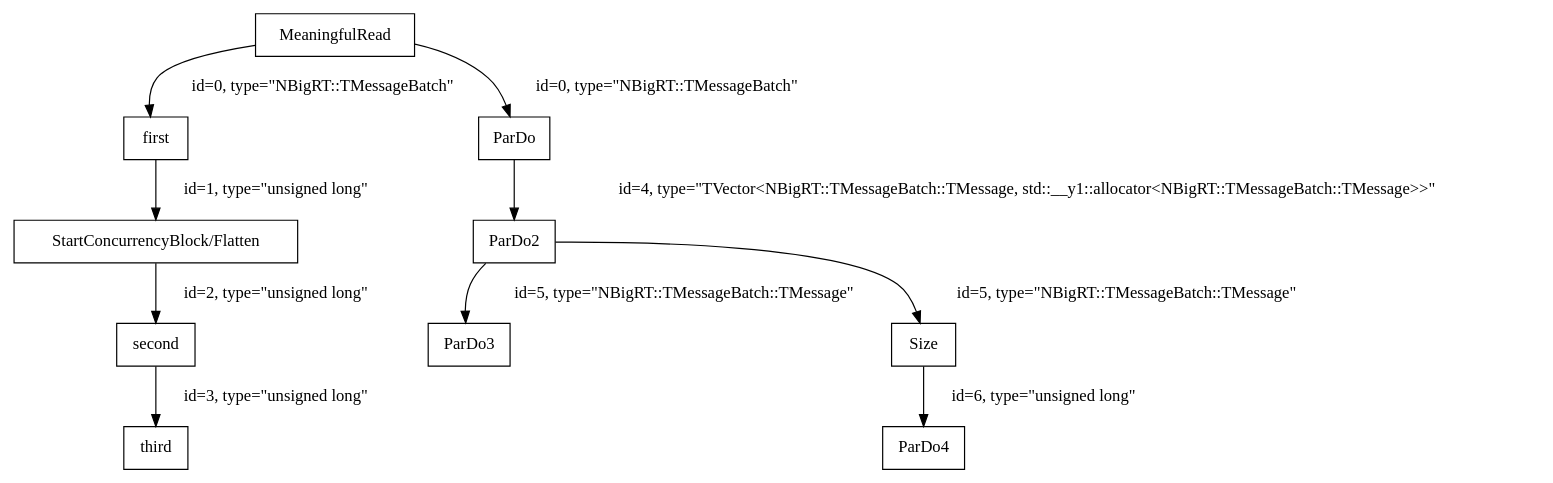
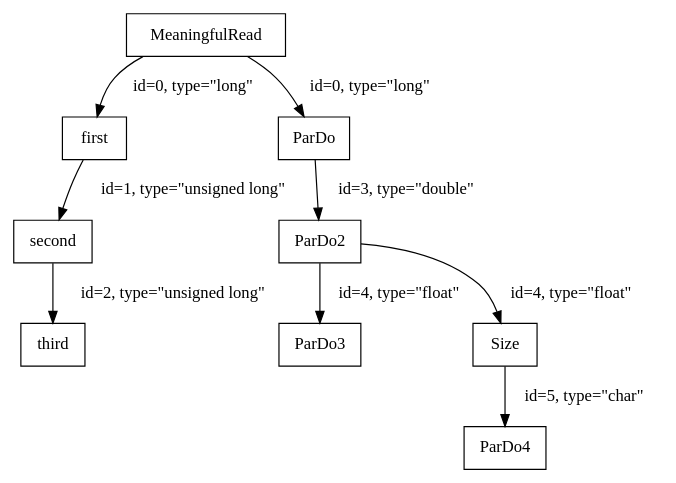
The diagram in yt/cpp/roren/interface/ut/canondata/TDumpPipeline_Complex.dot (ytsaurus/ytsaurus), drawn with Graphviz before and after one commit. The commit also changed 1607 other files, not shown here.

```diff
--- a/yt/cpp/roren/interface/ut/canondata/TDumpPipeline_Complex.dot
+++ b/yt/cpp/roren/interface/ut/canondata/TDumpPipeline_Complex.dot
@@ -1,21 +1,19 @@
 digraph pipeline {
     "MeaningfulRead" [shape=box];
-    "MeaningfulRead" -> "first" [label = "id=0, type=\"NBigRT::TMessageBatch\""];
-    "MeaningfulRead" -> "ParDo" [label = "id=0, type=\"NBigRT::TMessageBatch\""];
+    "MeaningfulRead" -> "first" [label = "id=0, type=\"long\""];
+    "MeaningfulRead" -> "ParDo" [label = "id=0, type=\"long\""];
     "first" [shape=box];
-    "first" -> "StartConcurrencyBlock/Flatten" [label = "id=1, type=\"unsigned long\""];
-    "StartConcurrencyBlock/Flatten" [shape=box];
-    "StartConcurrencyBlock/Flatten" -> "second" [label = "id=2, type=\"unsigned long\""];
+    "first" -> "second" [label = "id=1, type=\"unsigned long\""];
     "second" [shape=box];
-    "second" -> "third" [label = "id=3, type=\"unsigned long\""];
+    "second" -> "third" [label = "id=2, type=\"unsigned long\""];
     "third" [shape=box];
     "ParDo" [shape=box];
-    "ParDo" -> "ParDo2" [label = "id=4, type=\"TVector<NBigRT::TMessageBatch::TMessage, std::__y1::allocator<NBigRT::TMessageBatch::TMessage>>\""];
+    "ParDo" -> "ParDo2" [label = "id=3, type=\"double\""];
     "ParDo2" [shape=box];
-    "ParDo2" -> "ParDo3" [label = "id=5, type=\"NBigRT::TMessageBatch::TMessage\""];
-    "ParDo2" -> "Size" [label = "id=5, type=\"NBigRT::TMessageBatch::TMessage\""];
+    "ParDo2" -> "ParDo3" [label = "id=4, type=\"float\""];
+    "ParDo2" -> "Size" [label = "id=4, type=\"float\""];
     "ParDo3" [shape=box];
     "Size" [shape=box];
-    "Size" -> "ParDo4" [label = "id=6, type=\"unsigned long\""];
+    "Size" -> "ParDo4" [label = "id=5, type=\"char\""];
     "ParDo4" [shape=box];
 }
```
